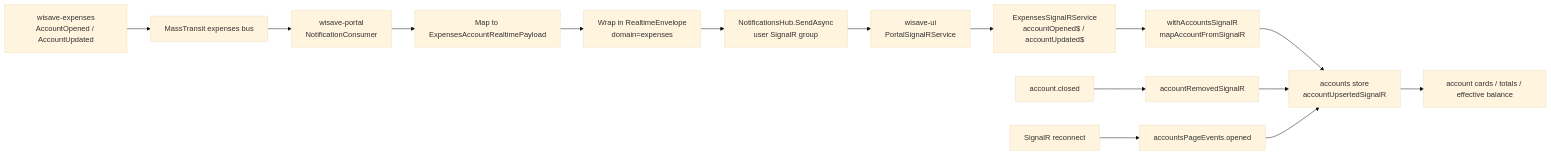
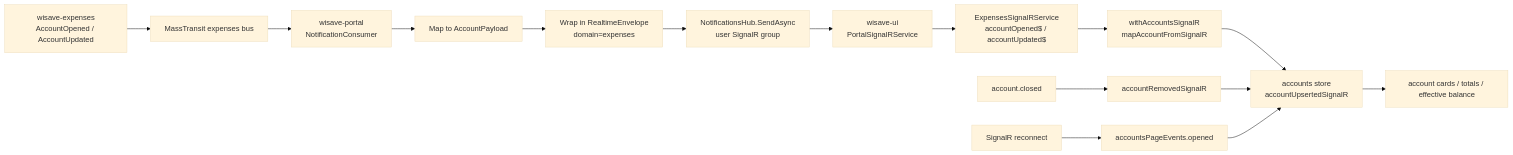
The diagram in docs/superpowers/plans/2026-04-19-portal-account-signalr-propagation.md (WiSave/wisave-portal), drawn with Mermaid (base theme) before and after one commit. The commit also changed other lines of this file and 1 other file, not shown here.

Commit message:
docs: rename portal account payload

````diff
--- a/docs/superpowers/plans/2026-04-19-portal-account-signalr-propagation.md
+++ b/docs/superpowers/plans/2026-04-19-portal-account-signalr-propagation.md
@@ -21,19 +21,19 @@
 ```mermaid
 flowchart LR
     A[wisave-expenses<br/>AccountOpened / AccountUpdated] --> B[MassTransit expenses bus]
     B --> C[wisave-portal<br/>NotificationConsumer]
-    C --> D[Map to ExpensesAccountRealtimePayload]
+    C --> D[Map to AccountPayload]
     D --> E[Wrap in RealtimeEnvelope<br/>domain=expenses]
     E --> F[NotificationsHub.SendAsync<br/>user SignalR group]
     F --> G[wisave-ui<br/>PortalSignalRService]
     G --> H[ExpensesSignalRService<br/>accountOpened$ / accountUpdated$]
     H --> I[withAccountsSignalR<br/>mapAccountFromSignalR]
     I --> J[accounts store<br/>accountUpsertedSignalR]
     J --> K[account cards / totals / effective balance]
 
     L[account.closed] --> M[accountRemovedSignalR]
     M --> J
 
     N[SignalR reconnect] --> O[accountsPageEvents.opened]
     O --> J
 ```
````
